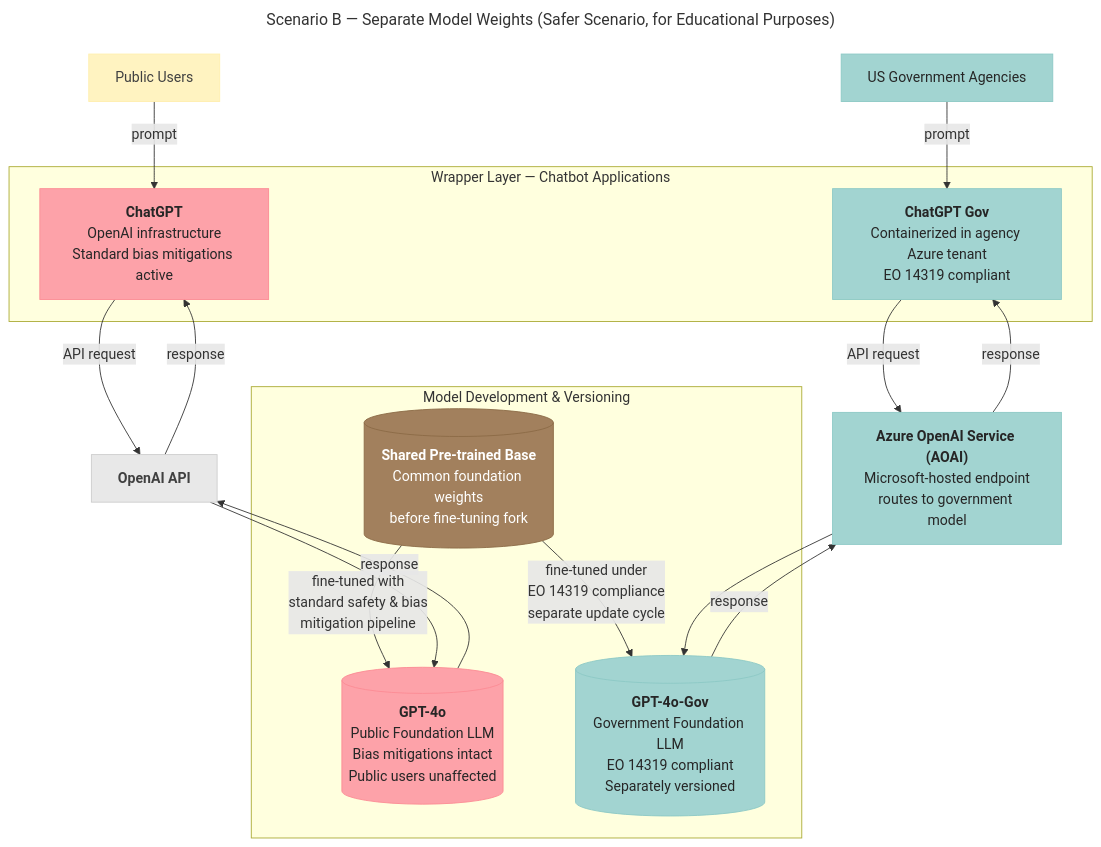
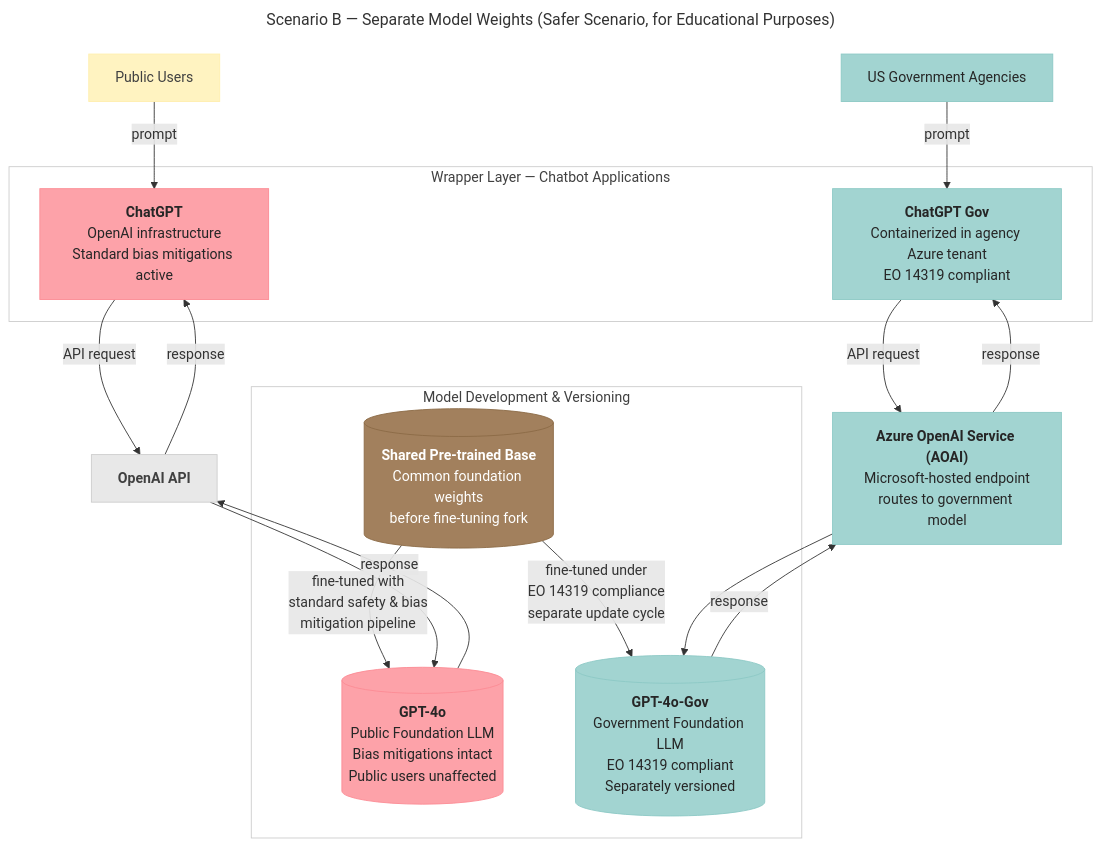
One commit to ragTechDev/ragtech-website changed the third of 5 diagrams in data/posts/2026-04-06-openai-government-ai-infrastructure/index.md. Above: the diagram before and after it, drawn with Mermaid. The commit also changed other lines of this file and 4 other files, not shown here.

Commit message:
fix: mermaid styling, hydration warning, duplicate exports, author image

````diff
--- a/data/posts/2026-04-06-openai-government-ai-infrastructure/index.md
+++ b/data/posts/2026-04-06-openai-government-ai-infrastructure/index.md
@@ -198,44 +201,46 @@
 ```mermaid
 ---
 title: "Scenario B — Separate Model Weights (Safer Scenario, for Educational Purposes)"
 ---
 graph TB
     PU["Public Users"] -->|prompt| CGPT
     GA["US Government Agencies"] -->|prompt| CGOV
 
     subgraph WRAPPERS["Wrapper Layer — Chatbot Applications"]
         CGPT["<b>ChatGPT</b><br/>OpenAI infrastructure<br/>Standard bias mitigations active"]
         CGOV["<b>ChatGPT Gov</b><br/>Containerized in agency Azure tenant<br/>EO 14319 compliant"]
     end
 
     OAPI["<b>OpenAI API</b>"]
     AOAI["<b>Azure OpenAI Service (AOAI)</b><br/>Microsoft-hosted endpoint<br/>routes to government model"]
 
     subgraph TRAINING["Model Development & Versioning"]
         BASE[("<b>Shared Pre-trained Base</b><br/>Common foundation weights<br/>before fine-tuning fork")]
         BASE -->|fine-tuned with<br/>standard safety & bias<br/>mitigation pipeline| GPT4o
         BASE -->|fine-tuned under<br/>EO 14319 compliance<br/>separate update cycle| GPT4oGOV
     end
 
     GPT4o[("<b>GPT-4o</b><br/>Public Foundation LLM<br/>Bias mitigations intact<br/>Public users unaffected")]
     GPT4oGOV[("<b>GPT-4o-Gov</b><br/>Government Foundation LLM<br/>EO 14319 compliant<br/>Separately versioned")]
 
     CGPT -->|API request| OAPI
     CGOV -->|API request| AOAI
     OAPI --> GPT4o
     AOAI --> GPT4oGOV
     GPT4o -->|response| OAPI
     GPT4oGOV -->|response| AOAI
     OAPI -->|response| CGPT
     AOAI -->|response| CGOV
 
     style PU fill:#fff3c1,stroke:#ffefae,color:#404040
     style GA fill:#a2d4d1,stroke:#8cc9c5,color:#262626
     style CGPT fill:#fda2a9,stroke:#fc8b94,color:#262626
     style CGOV fill:#a2d4d1,stroke:#8cc9c5,color:#262626
     style OAPI fill:#e8e8e8,stroke:#cccccc,color:#404040
     style AOAI fill:#a2d4d1,stroke:#8cc9c5,color:#262626
     style BASE fill:#a2805d,stroke:#8b6a46,color:#ffffff
     style GPT4o fill:#fda2a9,stroke:#fc8b94,color:#262626
     style GPT4oGOV fill:#a2d4d1,stroke:#8cc9c5,color:#262626
+    style WRAPPERS fill:#ffffff,stroke:#cccccc,color:#404040
+    style TRAINING fill:#ffffff,stroke:#cccccc,color:#404040
 ```
````
